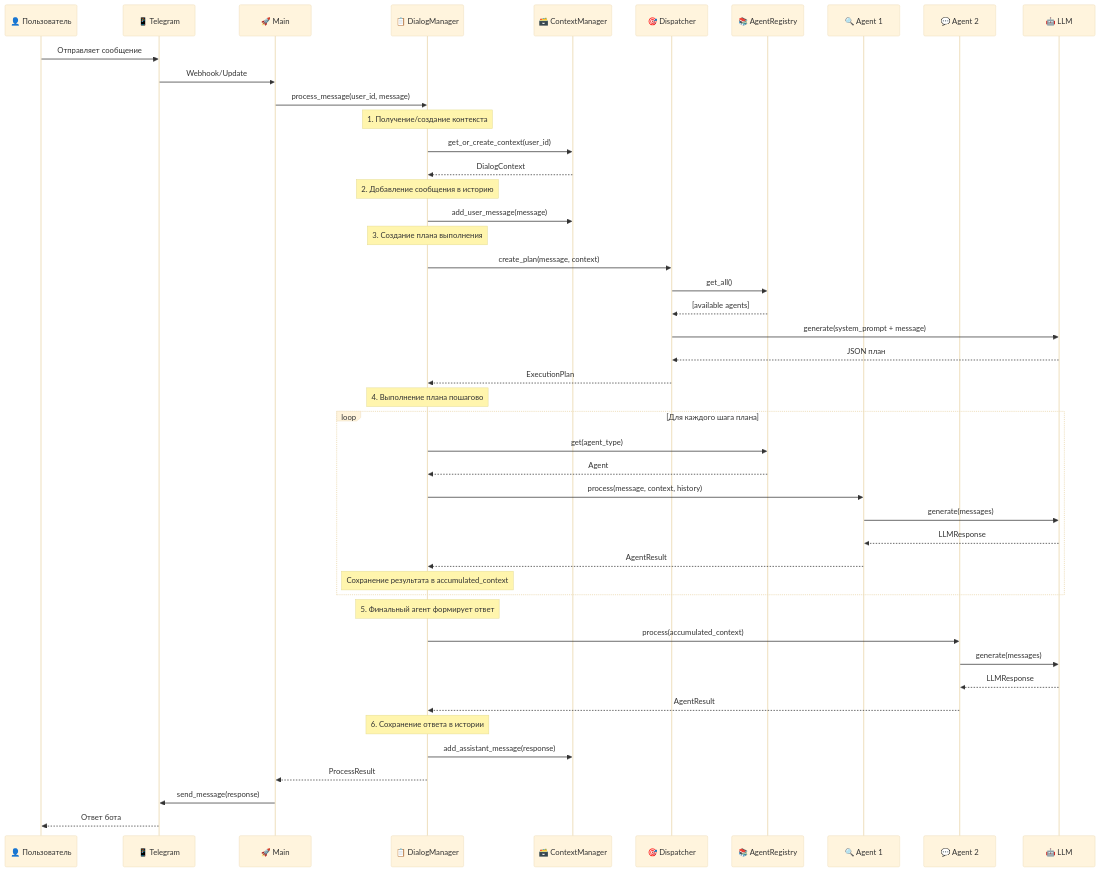
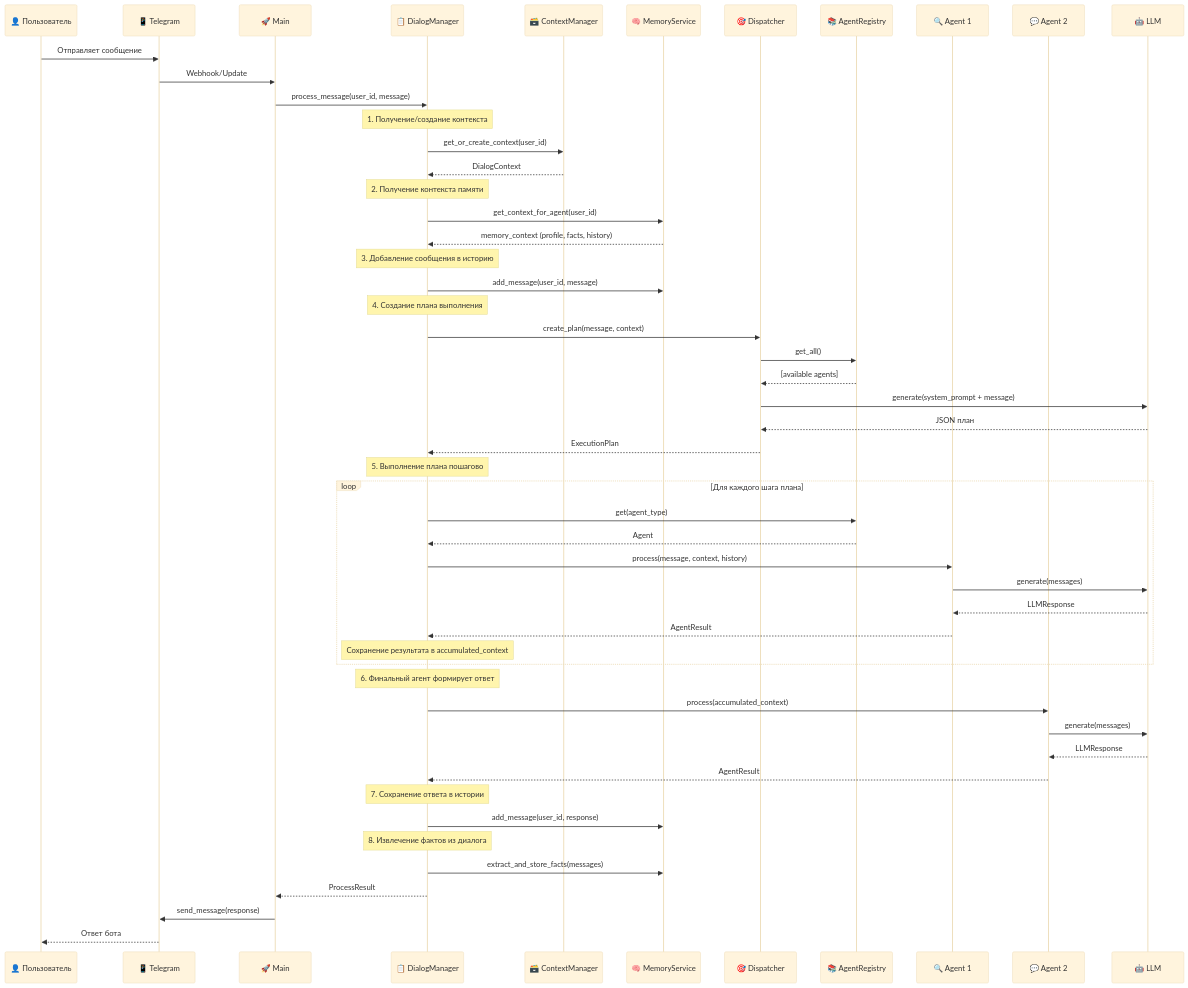
One commit to finnetrolle/nergal changed the third of 12 diagrams in docs/AGENT_ARCHITECTURE.md. Above: the diagram before and after it, drawn with Mermaid (base theme). The commit also changed other lines of this file and 16 other files, not shown here.

````diff
--- a/docs/AGENT_ARCHITECTURE.md
+++ b/docs/AGENT_ARCHITECTURE.md
@@ -193,57 +206,65 @@
 ```mermaid
 sequenceDiagram
     participant U as 👤 Пользователь
     participant T as 📱 Telegram
     participant M as 🚀 Main
     participant DM as 📋 DialogManager
     participant CM as 🗃️ ContextManager
+    participant MS as 🧠 MemoryService
     participant D as 🎯 Dispatcher
     participant AR as 📚 AgentRegistry
     participant A1 as 🔍 Agent 1
     participant A2 as 💬 Agent 2
     participant LLM as 🤖 LLM
 
     U->>T: Отправляет сообщение
     T->>M: Webhook/Update
     M->>DM: process_message(user_id, message)
     
     Note over DM: 1. Получение/создание контекста
     DM->>CM: get_or_create_context(user_id)
     CM-->>DM: DialogContext
     
-    Note over DM: 2. Добавление сообщения в историю
-    DM->>CM: add_user_message(message)
+    Note over DM: 2. Получение контекста памяти
+    DM->>MS: get_context_for_agent(user_id)
+    MS-->>DM: memory_context (profile, facts, history)
     
-    Note over DM: 3. Создание плана выполнения
+    Note over DM: 3. Добавление сообщения в историю
+    DM->>MS: add_message(user_id, message)
+    
+    Note over DM: 4. Создание плана выполнения
     DM->>D: create_plan(message, context)
     D->>AR: get_all()
     AR-->>D: [available agents]
     D->>LLM: generate(system_prompt + message)
     LLM-->>D: JSON план
     D-->>DM: ExecutionPlan
     
-    Note over DM: 4. Выполнение плана пошагово
+    Note over DM: 5. Выполнение плана пошагово
     
     loop Для каждого шага плана
         DM->>AR: get(agent_type)
         AR-->>DM: Agent
         DM->>A1: process(message, context, history)
         A1->>LLM: generate(messages)
         LLM-->>A1: LLMResponse
         A1-->>DM: AgentResult
         Note over DM: Сохранение результата в accumulated_context
     end
     
-    Note over DM: 5. Финальный агент формирует ответ
+    Note over DM: 6. Финальный агент формирует ответ
     DM->>A2: process(accumulated_context)
     A2->>LLM: generate(messages)
     LLM-->>A2: LLMResponse
     A2-->>DM: AgentResult
     
-    Note over DM: 6. Сохранение ответа в истории
-    DM->>CM: add_assistant_message(response)
+    Note over DM: 7. Сохранение ответа в истории
+    DM->>MS: add_message(user_id, response)
+    
+    Note over DM: 8. Извлечение фактов из диалога
+    DM->>MS: extract_and_store_facts(messages)
     
     DM-->>M: ProcessResult
     M->>T: send_message(response)
     T-->>U: Ответ бота
 ```
````
